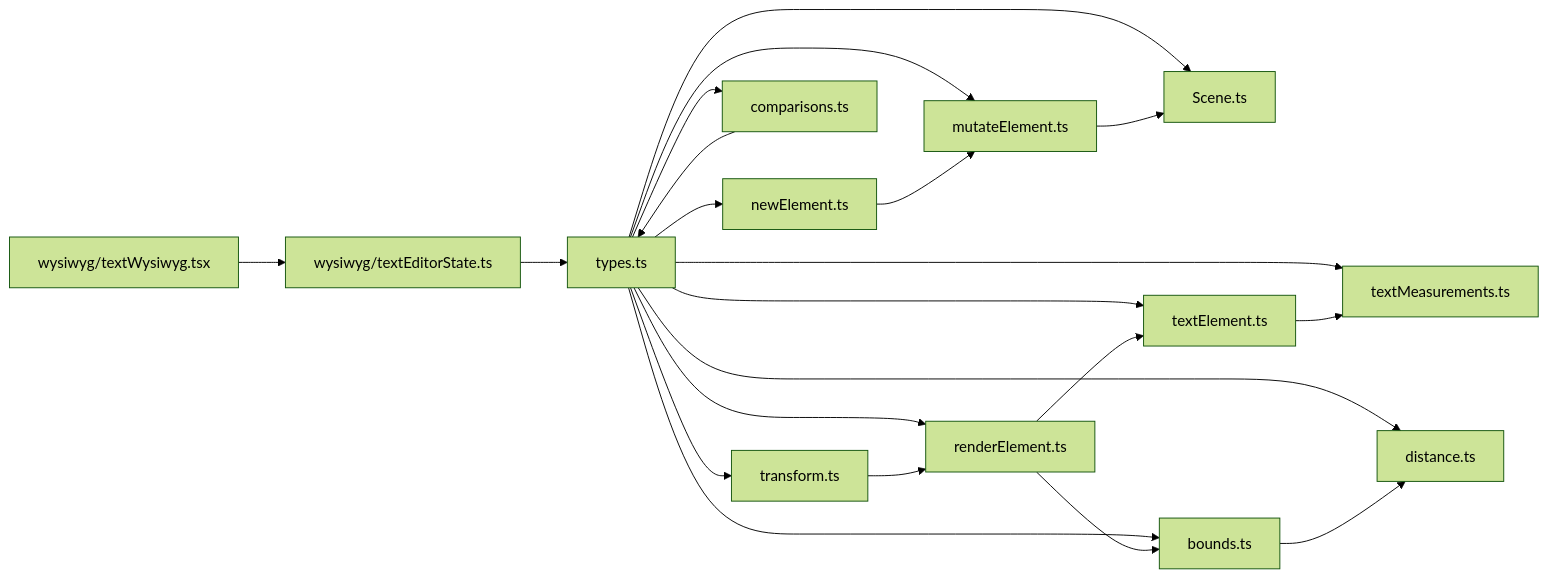
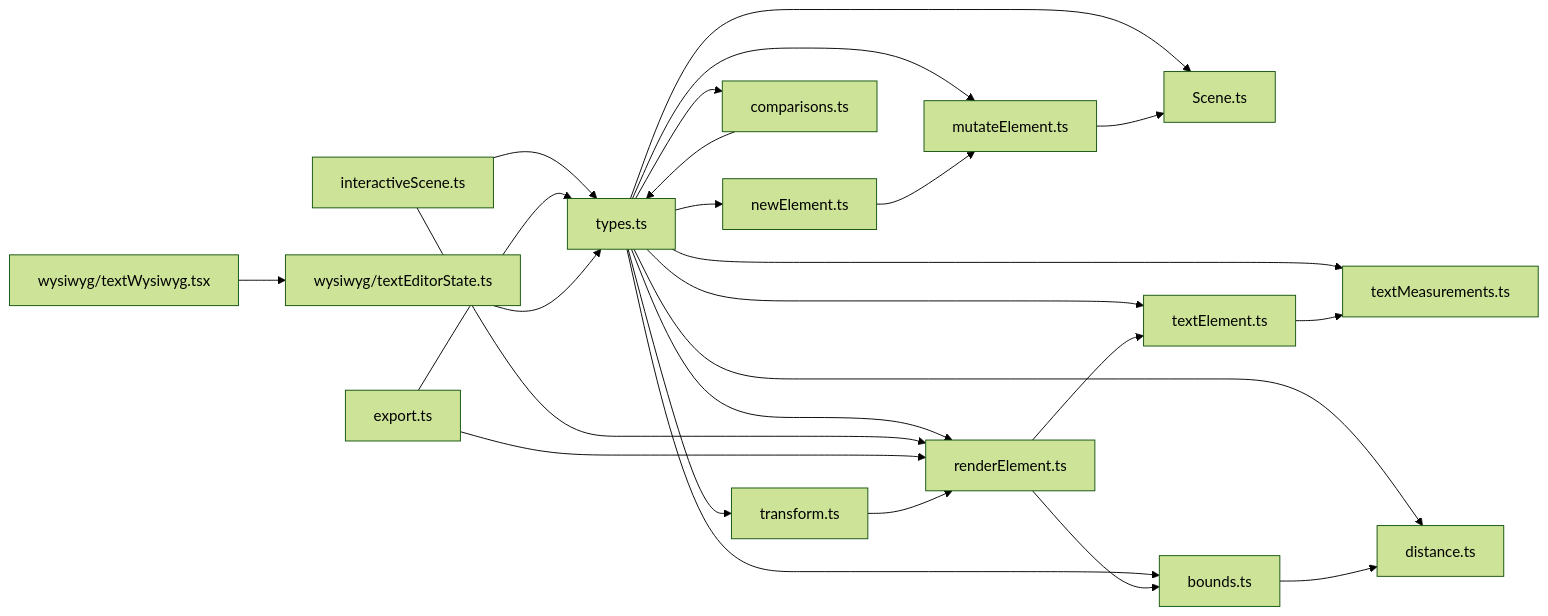
Before and after one commit to Az-qianchen/Excalidraw: the tenth of 10 diagrams in .qoder/repowiki/zh/content/元素系统/元素系统.md, drawn with Mermaid (forest theme). The commit also changed other lines of this file and 61 other files, not shown here.

````diff
--- a/.qoder/repowiki/zh/content/元素系统/元素系统.md
+++ b/.qoder/repowiki/zh/content/元素系统/元素系统.md
@@ -464,23 +639,27 @@
 ```mermaid
 graph LR
 Types["types.ts"] --> NewE["newElement.ts"]
 Types --> MutE["mutateElement.ts"]
 Types --> Scene["Scene.ts"]
 Types --> Trans["transform.ts"]
 Types --> Ren["renderElement.ts"]
 Types --> Boun["bounds.ts"]
 Types --> Dist["distance.ts"]
 Types --> Comp["comparisons.ts"]
 Types --> TexT["textElement.ts"]
 Types --> TexM["textMeasurements.ts"]
 TexT --> TexM
 Ren --> TexT
+IS["interactiveScene.ts"] --> Ren
+IS --> Types
+EX["export.ts"] --> Ren
+EX --> Types
 TexES["wysiwyg/textEditorState.ts"] --> Types
 TexW["wysiwyg/textWysiwyg.tsx"] --> TexES
 NewE --> MutE
 MutE --> Scene
 Trans --> Ren
 Ren --> Boun
 Boun --> Dist
 Comp --> Types
 ```
````
